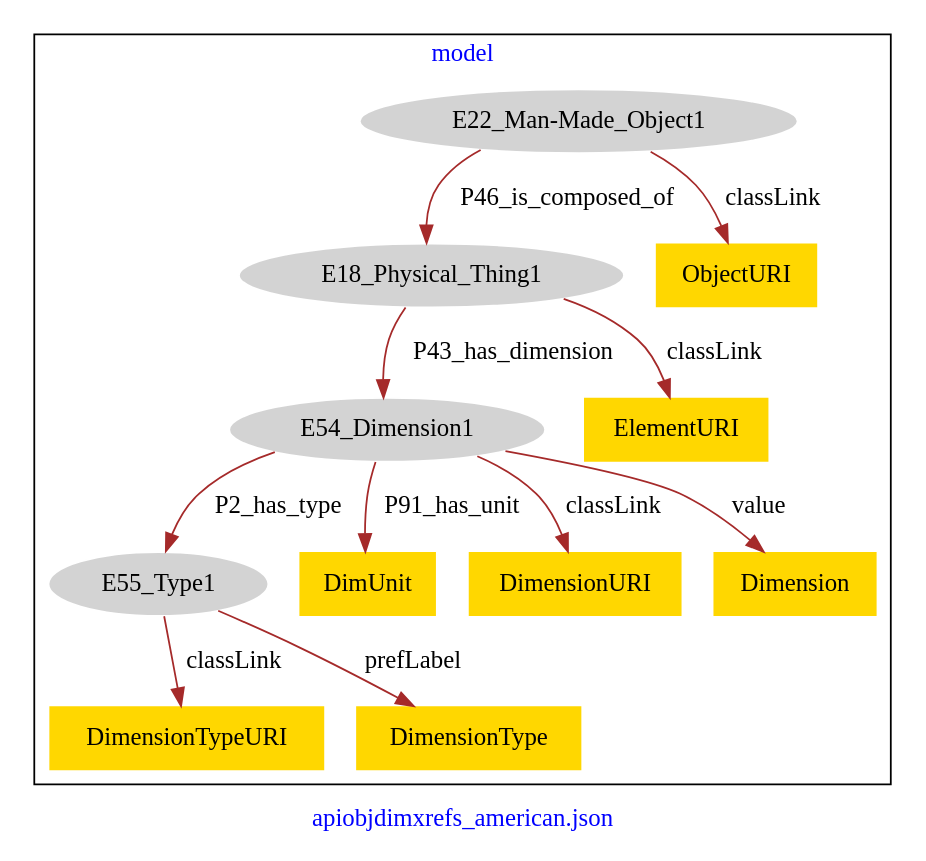
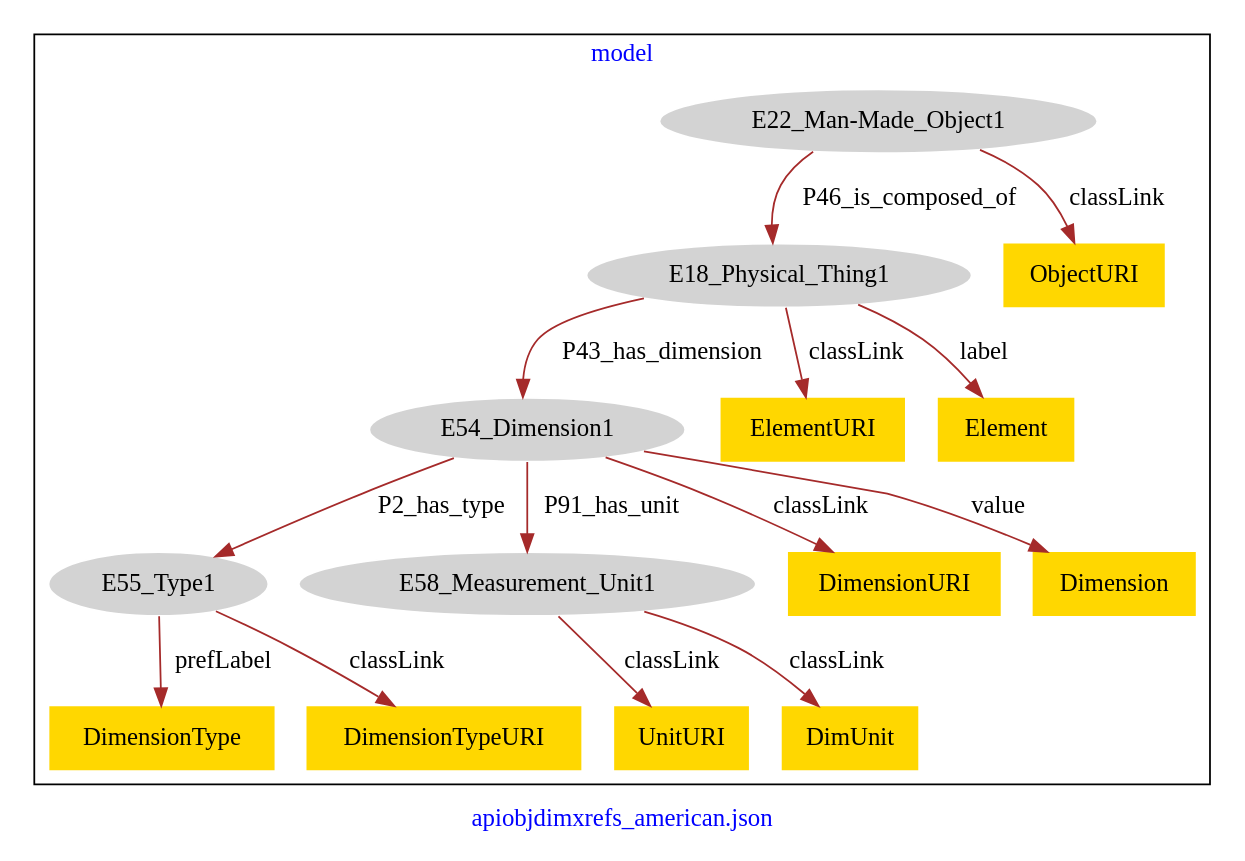
The diagram in apiobjdimxrefs_american/apiobjdimxrefs_american-model.dot (american-art/PUAM), drawn with Graphviz before and after one commit.

Commit message:
Update file apiobjdimxrefs_american-model.dot

```diff
--- a/apiobjdimxrefs_american/apiobjdimxrefs_american-model.dot
+++ b/apiobjdimxrefs_american/apiobjdimxrefs_american-model.dot
@@ -1,29 +1,35 @@
 digraph n0 {
 fontcolor="blue"
 remincross="true"
 label="apiobjdimxrefs_american.json"
 subgraph cluster {
 label="model"
 n2[style="filled",color="white",fillcolor="lightgray",label="E18_Physical_Thing1"];
 n3[style="filled",color="white",fillcolor="lightgray",label="E54_Dimension1"];
 n4[style="filled",color="white",fillcolor="lightgray",label="E22_Man-Made_Object1"];
 n5[style="filled",color="white",fillcolor="lightgray",label="E55_Type1"];
-n6[shape="plaintext",style="filled",fillcolor="gold",label="DimUnit"];
-n7[shape="plaintext",style="filled",fillcolor="gold",label="DimensionTypeURI"];
-n8[shape="plaintext",style="filled",fillcolor="gold",label="DimensionURI"];
-n9[shape="plaintext",style="filled",fillcolor="gold",label="ElementURI"];
-n10[shape="plaintext",style="filled",fillcolor="gold",label="ObjectURI"];
-n11[shape="plaintext",style="filled",fillcolor="gold",label="Dimension"];
-n12[shape="plaintext",style="filled",fillcolor="gold",label="DimensionType"];
+n6[style="filled",color="white",fillcolor="lightgray",label="E58_Measurement_Unit1"];
+n7[shape="plaintext",style="filled",fillcolor="gold",label="DimensionURI"];
+n8[shape="plaintext",style="filled",fillcolor="gold",label="UnitURI"];
+n9[shape="plaintext",style="filled",fillcolor="gold",label="Dimension"];
+n10[shape="plaintext",style="filled",fillcolor="gold",label="DimUnit"];
+n11[shape="plaintext",style="filled",fillcolor="gold",label="ElementURI"];
+n12[shape="plaintext",style="filled",fillcolor="gold",label="Element"];
+n13[shape="plaintext",style="filled",fillcolor="gold",label="ObjectURI"];
+n14[shape="plaintext",style="filled",fillcolor="gold",label="DimensionType"];
+n15[shape="plaintext",style="filled",fillcolor="gold",label="DimensionTypeURI"];
 }
 n2 -> n3[color="brown",fontcolor="black",label="P43_has_dimension"]
 n4 -> n2[color="brown",fontcolor="black",label="P46_is_composed_of"]
 n3 -> n5[color="brown",fontcolor="black",label="P2_has_type"]
 n3 -> n6[color="brown",fontcolor="black",label="P91_has_unit"]
-n5 -> n7[color="brown",fontcolor="black",label="classLink"]
-n3 -> n8[color="brown",fontcolor="black",label="classLink"]
-n2 -> n9[color="brown",fontcolor="black",label="classLink"]
-n4 -> n10[color="brown",fontcolor="black",label="classLink"]
-n3 -> n11[color="brown",fontcolor="black",label="value"]
-n5 -> n12[color="brown",fontcolor="black",label="prefLabel"]
+n3 -> n7[color="brown",fontcolor="black",label="classLink"]
+n6 -> n8[color="brown",fontcolor="black",label="classLink"]
+n3 -> n9[color="brown",fontcolor="black",label="value"]
+n6 -> n10[color="brown",fontcolor="black",label="classLink"]
+n2 -> n11[color="brown",fontcolor="black",label="classLink"]
+n2 -> n12[color="brown",fontcolor="black",label="label"]
+n4 -> n13[color="brown",fontcolor="black",label="classLink"]
+n5 -> n14[color="brown",fontcolor="black",label="prefLabel"]
+n5 -> n15[color="brown",fontcolor="black",label="classLink"]
 }
```
